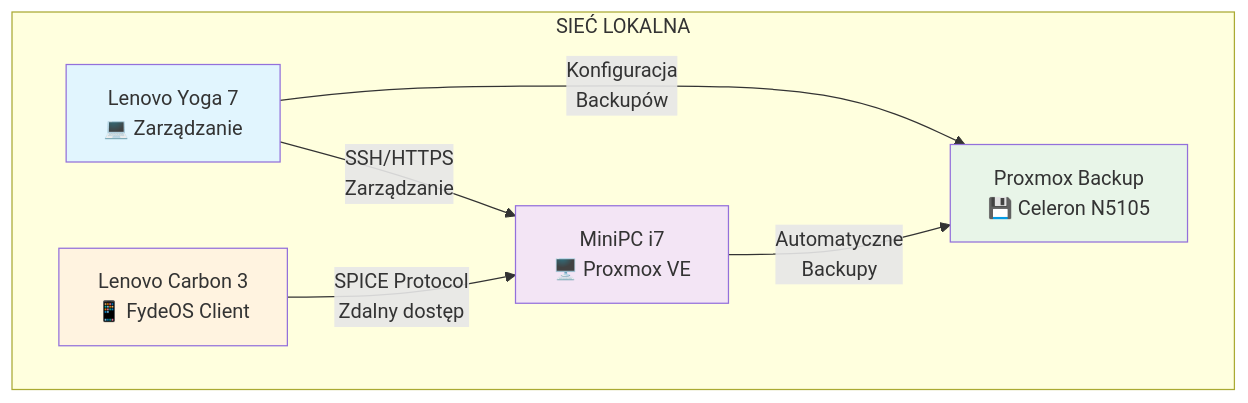
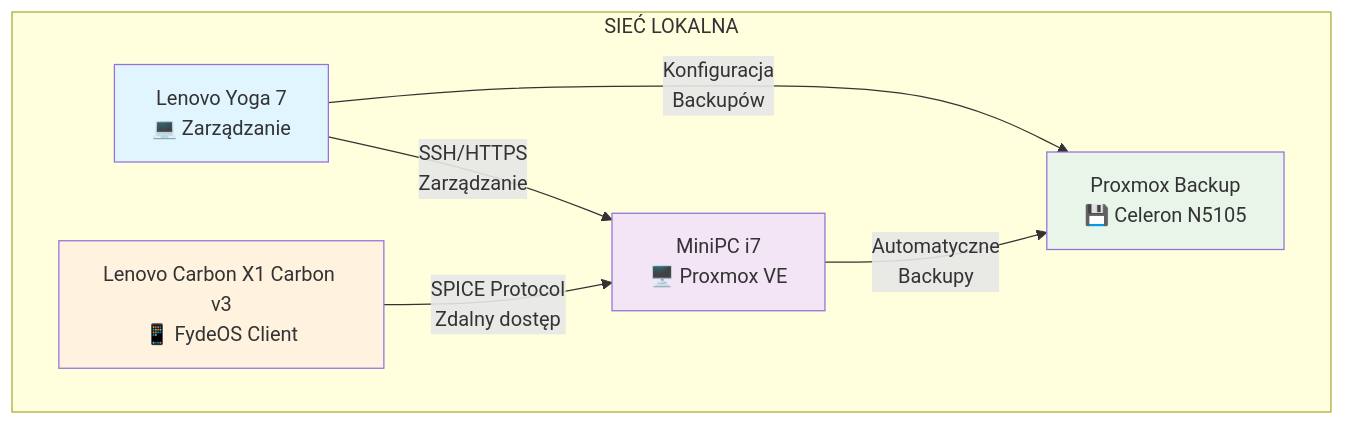
One commit to tom-sapletta-com/proxmox changed the first of 7 diagrams in README.md. Above: the diagram before and after it, drawn with Mermaid. The commit also changed other lines of this file, not shown here.

````diff
--- a/README.md
+++ b/README.md
@@ -19,19 +19,19 @@
 ```mermaid
 graph TB
     subgraph "SIEĆ LOKALNA"
         A[Lenovo Yoga 7<br/>💻 Zarządzanie] 
         B[MiniPC i7<br/>🖥️ Proxmox VE]
         C[Proxmox Backup<br/>💾 Celeron N5105]
-        D[Lenovo Carbon 3<br/>📱 FydeOS Client]
+        D[Lenovo Carbon X1 Carbon v3<br/>📱 FydeOS Client]
     end
     
     A -->|SSH/HTTPS<br/>Zarządzanie| B
     A -->|Konfiguracja<br/>Backupów| C
     B -->|Automatyczne<br/>Backupy| C
     D -->|SPICE Protocol<br/>Zdalny dostęp| B
     
     style A fill:#e1f5fe
     style B fill:#f3e5f5
     style C fill:#e8f5e8
     style D fill:#fff3e0
 ```
````
